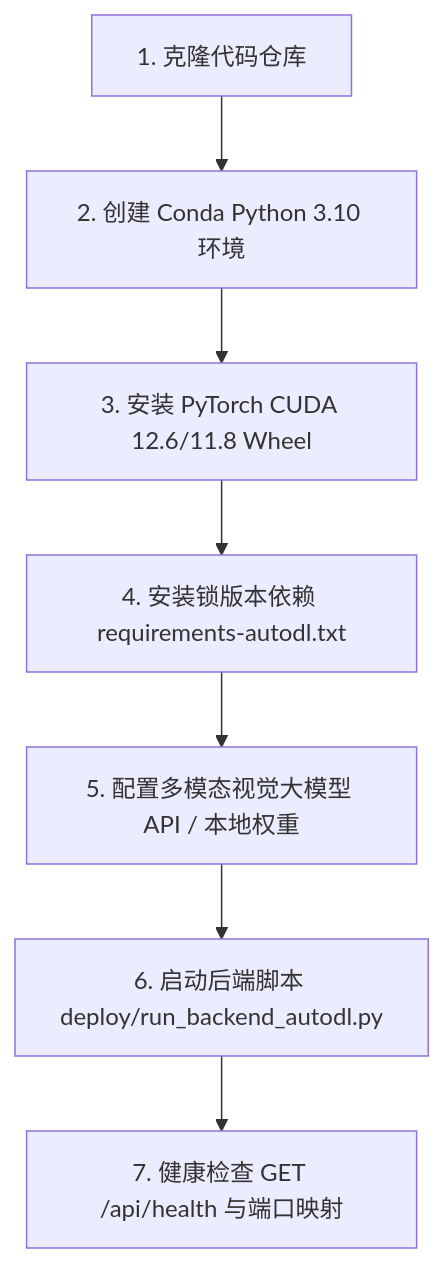
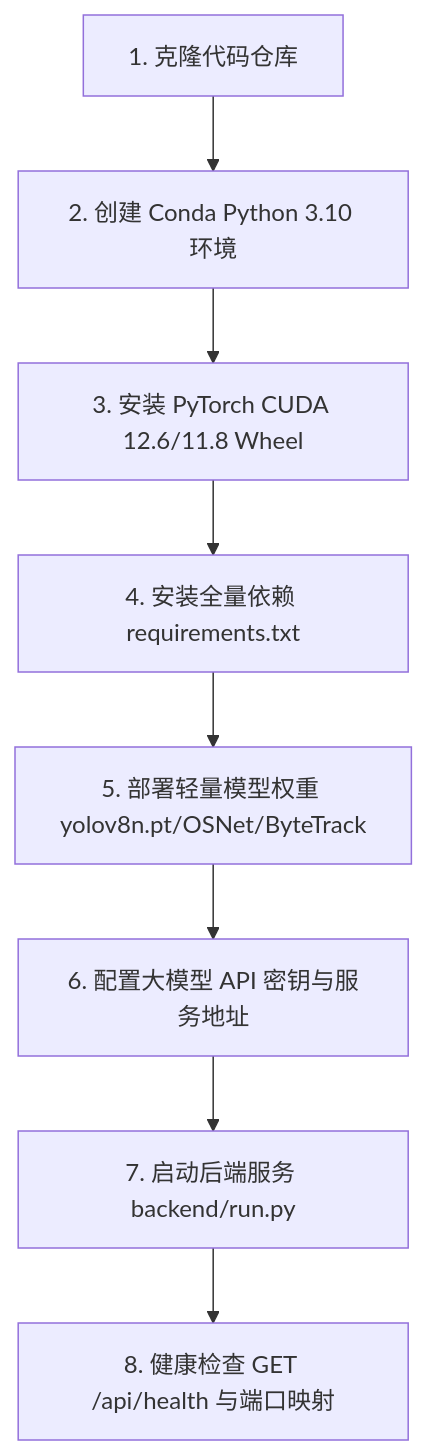
Before and after one commit to EmadowKy/pureyes-harmony: the diagram in docs/server-deployment/02-backend-deployment-guide.md, drawn with Mermaid. The commit also changed other lines of this file and 2 other files, not shown here.

````diff
--- a/docs/server-deployment/02-backend-deployment-guide.md
+++ b/docs/server-deployment/02-backend-deployment-guide.md
@@ -9,9 +9,10 @@
 ```mermaid
 graph TD
     A[1. 克隆代码仓库] --> B[2. 创建 Conda Python 3.10 环境]
     B --> C[3. 安装 PyTorch CUDA 12.6/11.8 Wheel]
-    C --> D[4. 安装锁版本依赖 requirements-autodl.txt]
-    D --> E[5. 配置多模态视觉大模型 API / 本地权重]
-    E --> F[6. 启动后端脚本 deploy/run_backend_autodl.py]
-    F --> G[7. 健康检查 GET /api/health 与端口映射]
+    C --> D[4. 安装全量依赖 requirements.txt]
+    D --> E[5. 部署轻量模型权重 yolov8n.pt/OSNet/ByteTrack]
+    E --> F[6. 配置大模型 API 密钥与服务地址]
+    F --> G[7. 启动后端服务 backend/run.py]
+    G --> H[8. 健康检查 GET /api/health 与端口映射]
 ```
````
